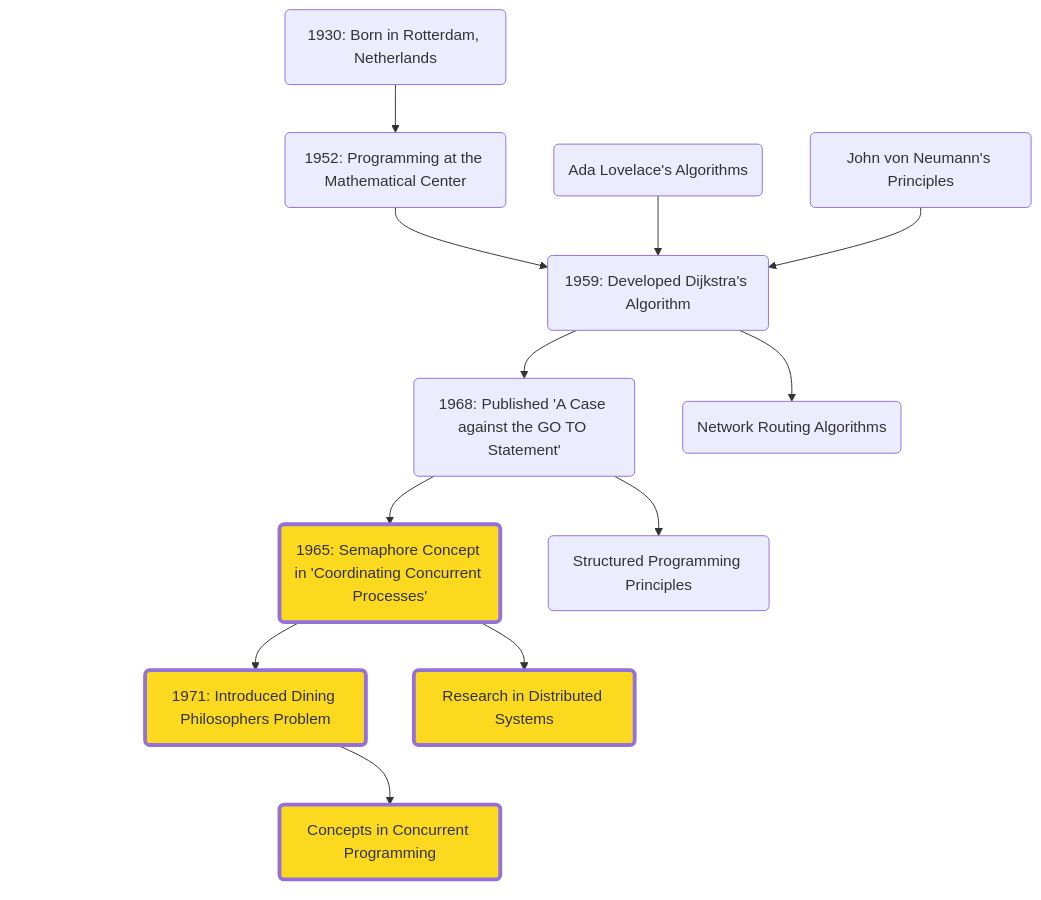
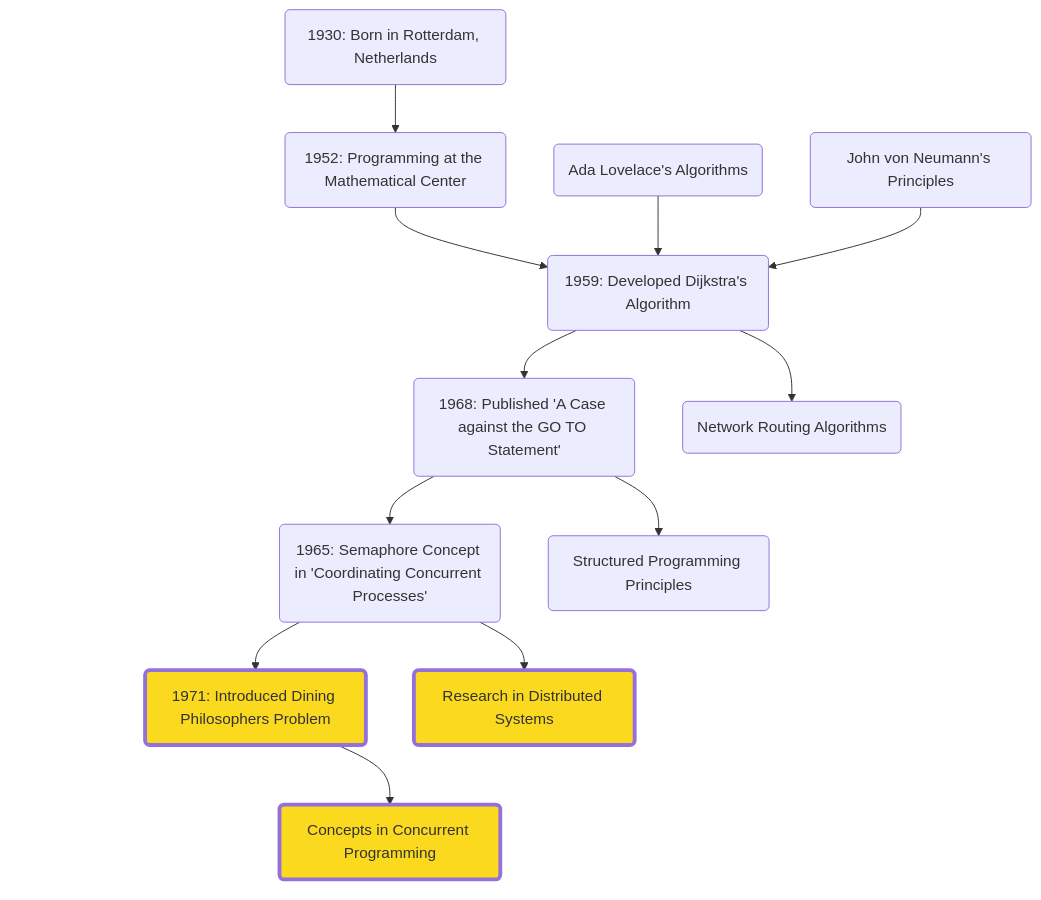
The third of 5 diagrams in pages/act-2.md (Furkanzmc/cppnorth-2024-shoulders-we-stand-on), drawn with Mermaid before and after one commit. The commit also changed other lines of this file and 7 other files, not shown here.

````diff
--- a/pages/act-2.md
+++ b/pages/act-2.md
@@ -486,32 +294,31 @@
 ```mermaid {scale: 0.65}
 graph TD
     %% Edsger W. Dijkstra's life
     A(1930: Born in Rotterdam, Netherlands) --> B(1952: Programming at the Mathematical Center)
     B --> C(1959: Developed Dijkstra's Algorithm)
     C --> D(1968: Published 'A Case against the GO TO Statement')
     D --> E(1965: Semaphore Concept in 'Coordinating Concurrent Processes')
     E --> F(1971: Introduced Dining Philosophers Problem)
     F --> G(1984: Turing Award for contributions to programming languages)
 
     %% Influences on Dijkstra
     X1(Ada Lovelace's Algorithms) --> C
     X2(John von Neumann's Principles) --> C
 
     %% Dijkstra's influences on others
     C --> Y1(Network Routing Algorithms)
     D --> Y2(Structured Programming Principles)
     E --> Y3(Research in Distributed Systems)
     F --> Y4(Concepts in Concurrent Programming)
 
     classDef grayout fill:transparent,stroke:transparent,stroke-width:0px,color:transparent;
     classDef highlight fill:#fbd91f,stroke:#33,stroke-width:4px;
 
-    class E highlight;
     class F highlight;
     class Y3 highlight;
     class Y4 highlight;
     
     class G grayout;
 
     linkStyle 5 display:none;
 ```
````
